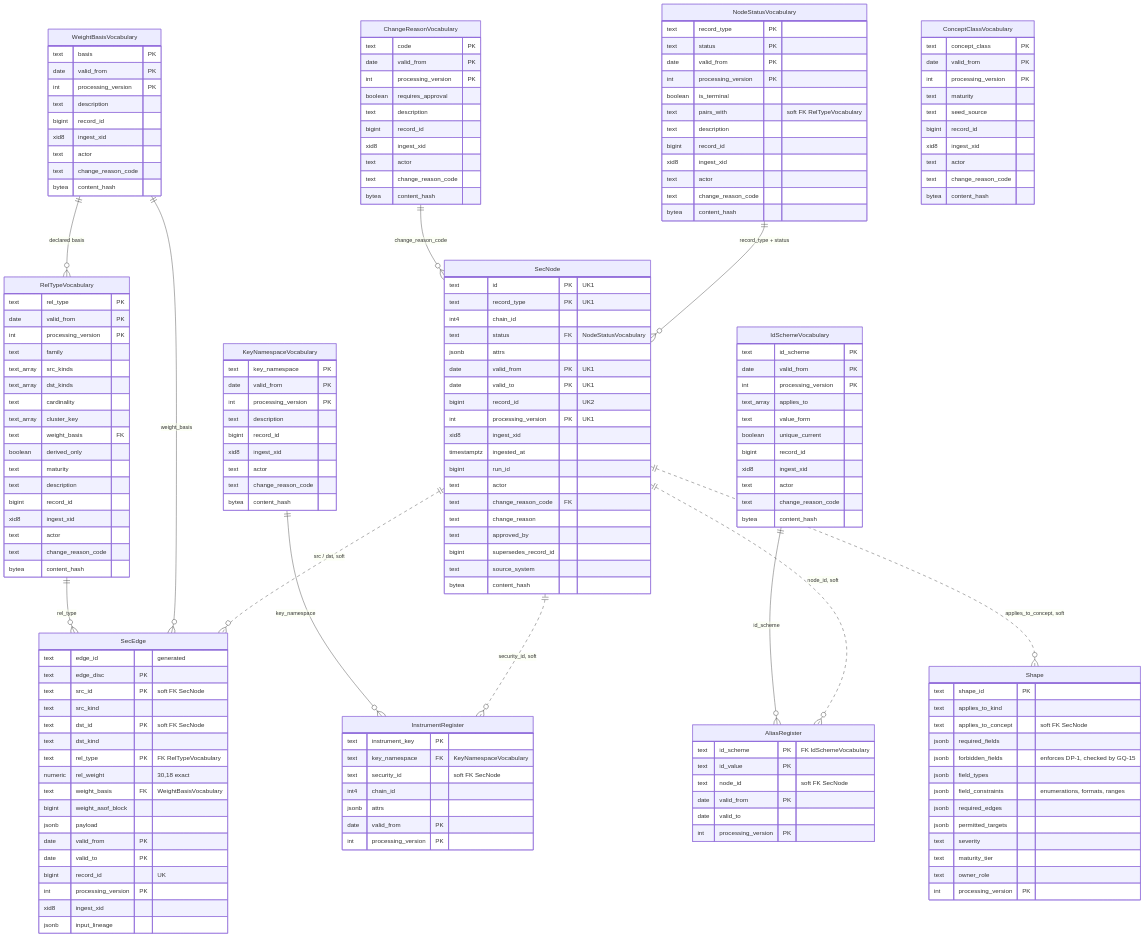
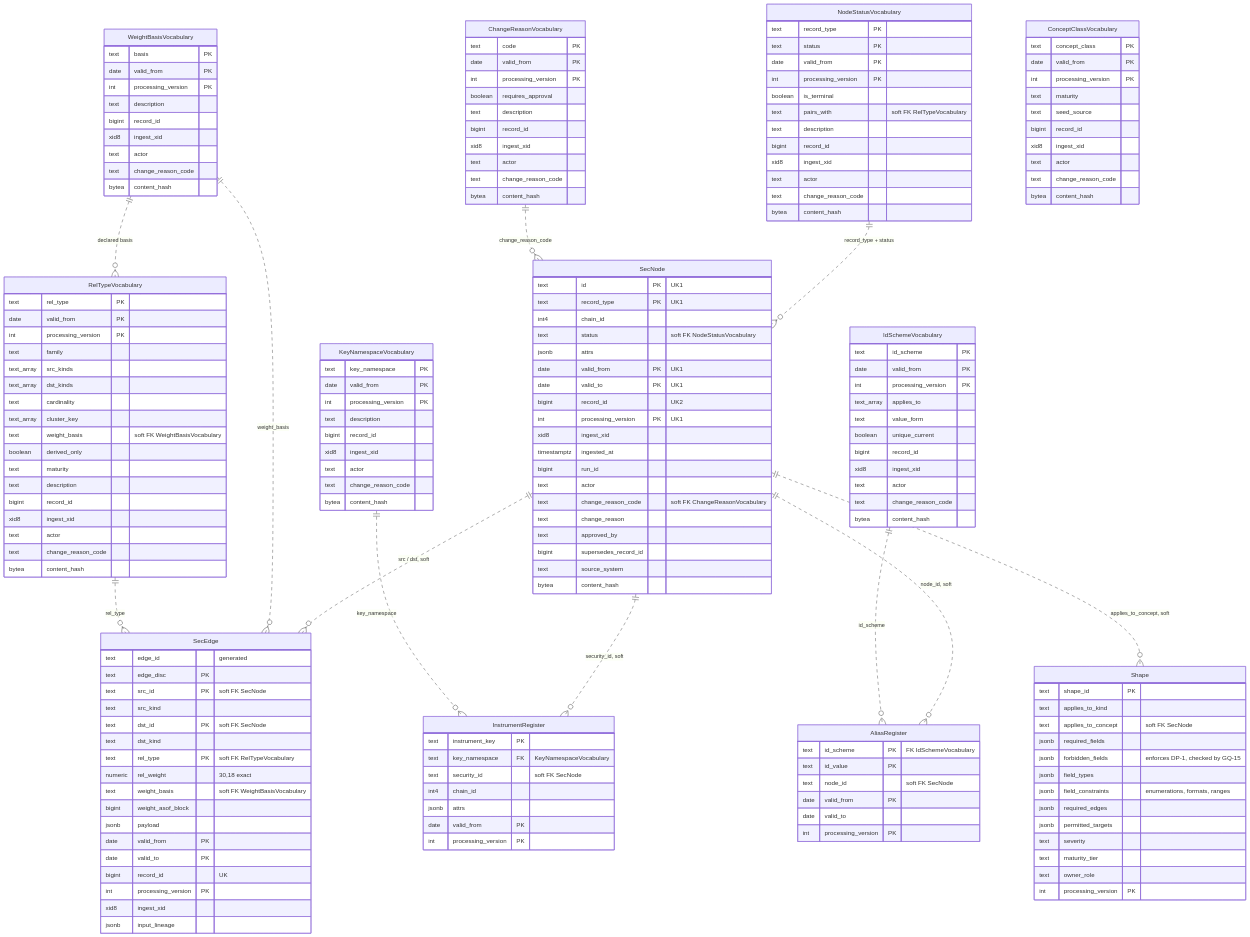
Before and after one commit to archon-research/stl: the first of 4 diagrams in docs/adr/0007-combined-master-and-relationship-store.md, drawn with Mermaid. The commit also changed other lines of this file, not shown here.

Commit message:
ADR-0007: the diagrams stop showing foreign keys the store no longer has
The vocabularies are versioned, so every reference into one is soft and resolved
against the current version. The ER legend still said solid relationships were
real foreign keys into the vocabularies, and seven relationship lines plus five
attributes were still drawn as hard FKs.

Soft is not unchecked, and the legend now says where the check went: the append
guard enforces the vocabulary references at the write boundary, while
endpoint-kind and cardinality are cross-row and stay with the validator.

```diff
--- a/docs/adr/0007-combined-master-and-relationship-store.md
+++ b/docs/adr/0007-combined-master-and-relationship-store.md
@@ -257,7 +258,7 @@
         text id PK "UK1"
         text record_type PK "UK1"
         int4 chain_id
-        text status FK "NodeStatusVocabulary"
+        text status "soft FK NodeStatusVocabulary"
         jsonb attrs
         date valid_from PK "UK1"
         date valid_to PK "UK1"
@@ -267,7 +268,7 @@
         timestamptz ingested_at
         bigint run_id
         text actor
-        text change_reason_code FK
+        text change_reason_code "soft FK ChangeReasonVocabulary"
         text change_reason
         text approved_by
         bigint supersedes_record_id
@@ -281,9 +282,9 @@
         text src_kind
         text dst_id PK "soft FK SecNode"
         text dst_kind
-        text rel_type PK "FK RelTypeVocabulary"
+        text rel_type PK "soft FK RelTypeVocabulary"
         numeric rel_weight "30,18 exact"
-        text weight_basis FK "WeightBasisVocabulary"
+        text weight_basis "soft FK WeightBasisVocabulary"
         bigint weight_asof_block
         jsonb payload
         date valid_from PK
@@ -334,7 +335,7 @@
         text_array dst_kinds
         text cardinality
         text_array cluster_key
-        text weight_basis FK
+        text weight_basis "soft FK WeightBasisVocabulary"
         boolean derived_only
         text maturity
         text description
@@ -418,13 +419,13 @@
         bytea content_hash
     }
 
-    RelTypeVocabulary ||--o{ SecEdge : "rel_type"
-    WeightBasisVocabulary ||--o{ SecEdge : "weight_basis"
-    WeightBasisVocabulary ||--o{ RelTypeVocabulary : "declared basis"
-    ChangeReasonVocabulary ||--o{ SecNode : "change_reason_code"
-    NodeStatusVocabulary ||--o{ SecNode : "record_type + status"
-    KeyNamespaceVocabulary ||--o{ InstrumentRegister : "key_namespace"
-    IdSchemeVocabulary ||--o{ AliasRegister : "id_scheme"
+    RelTypeVocabulary ||..o{ SecEdge : "rel_type"
+    WeightBasisVocabulary ||..o{ SecEdge : "weight_basis"
+    WeightBasisVocabulary ||..o{ RelTypeVocabulary : "declared basis"
+    ChangeReasonVocabulary ||..o{ SecNode : "change_reason_code"
+    NodeStatusVocabulary ||..o{ SecNode : "record_type + status"
+    KeyNamespaceVocabulary ||..o{ InstrumentRegister : "key_namespace"
+    IdSchemeVocabulary ||..o{ AliasRegister : "id_scheme"
     SecNode ||..o{ SecEdge : "src / dst, soft"
     SecNode ||..o{ InstrumentRegister : "security_id, soft"
     SecNode ||..o{ AliasRegister : "node_id, soft"
```
